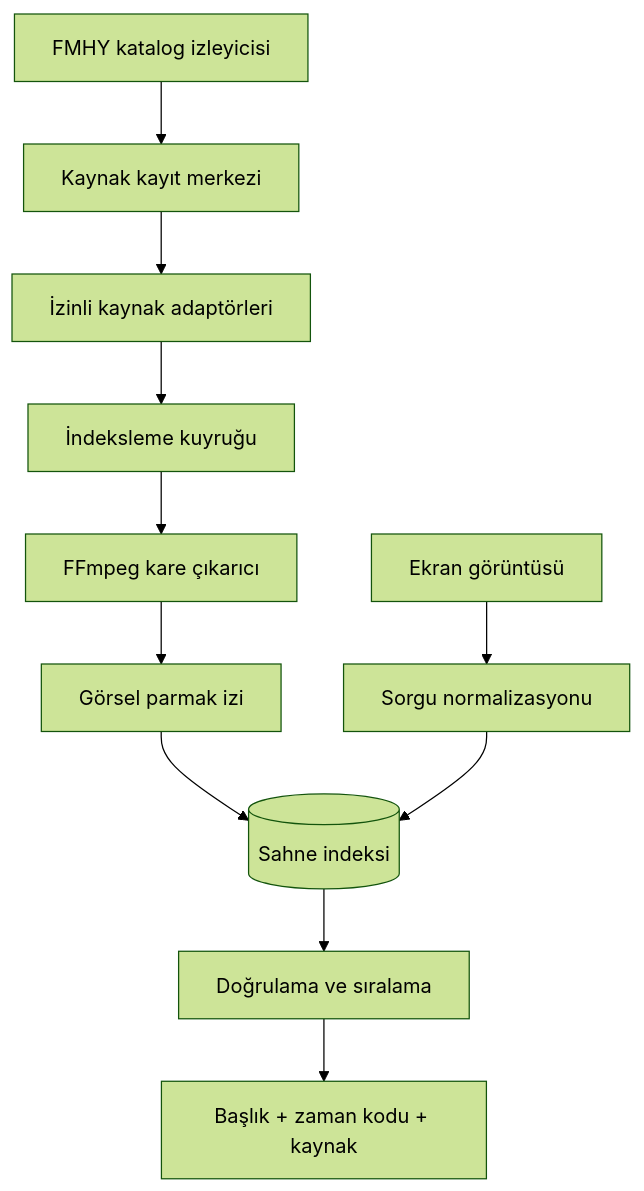
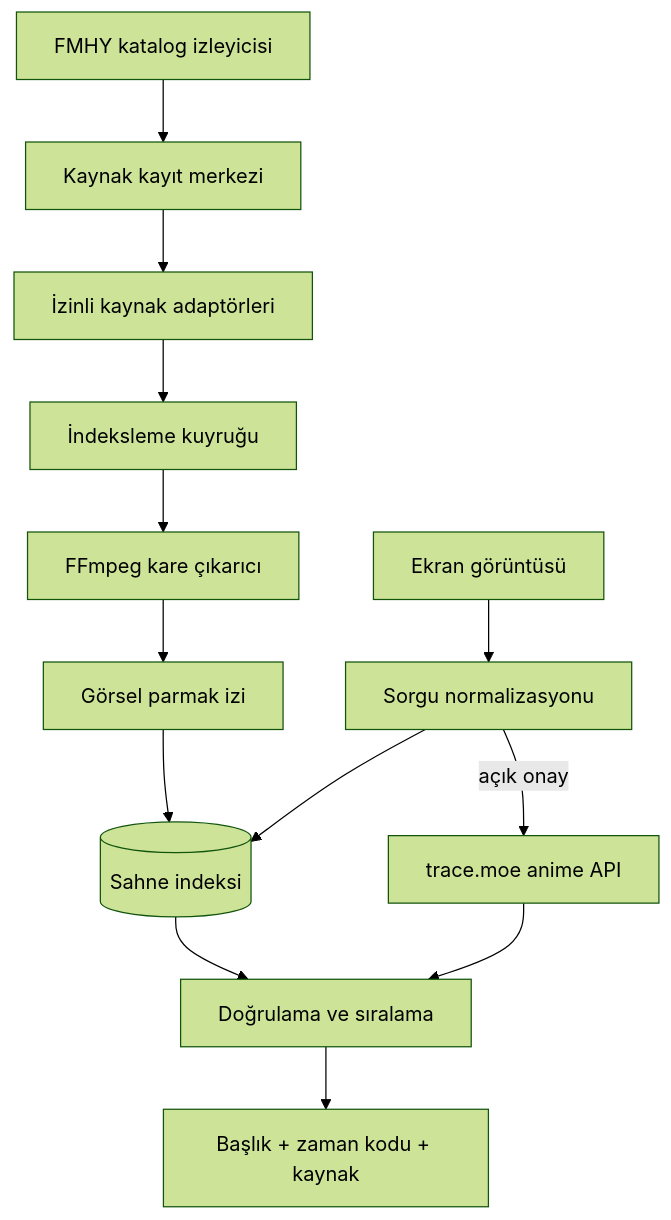
One commit to MrAllNeo/sahne-avcisi changed the first of 2 diagrams in ARCHITECTURE.md. Above: the diagram before and after it, drawn with Mermaid (forest theme). The commit also changed other lines of this file and 12 other files, not shown here.

Commit message:
feat: add opt-in trace.moe anime search

````diff
--- a/ARCHITECTURE.md
+++ b/ARCHITECTURE.md
@@ -9,13 +9,15 @@
 ```mermaid
 flowchart TD
     FMHY[FMHY katalog izleyicisi] --> REG[Kaynak kayıt merkezi]
     REG --> ADP[İzinli kaynak adaptörleri]
     ADP --> QUEUE[İndeksleme kuyruğu]
     QUEUE --> FRAME[FFmpeg kare çıkarıcı]
     FRAME --> FP[Görsel parmak izi]
     FP --> INDEX[(Sahne indeksi)]
     UPLOAD[Ekran görüntüsü] --> QUERY[Sorgu normalizasyonu]
     QUERY --> INDEX
+    QUERY -->|açık onay| TRACE[trace.moe anime API]
+    TRACE --> RANK
     INDEX --> RANK[Doğrulama ve sıralama]
     RANK --> RESULT[Başlık + zaman kodu + kaynak]
 ```
````
